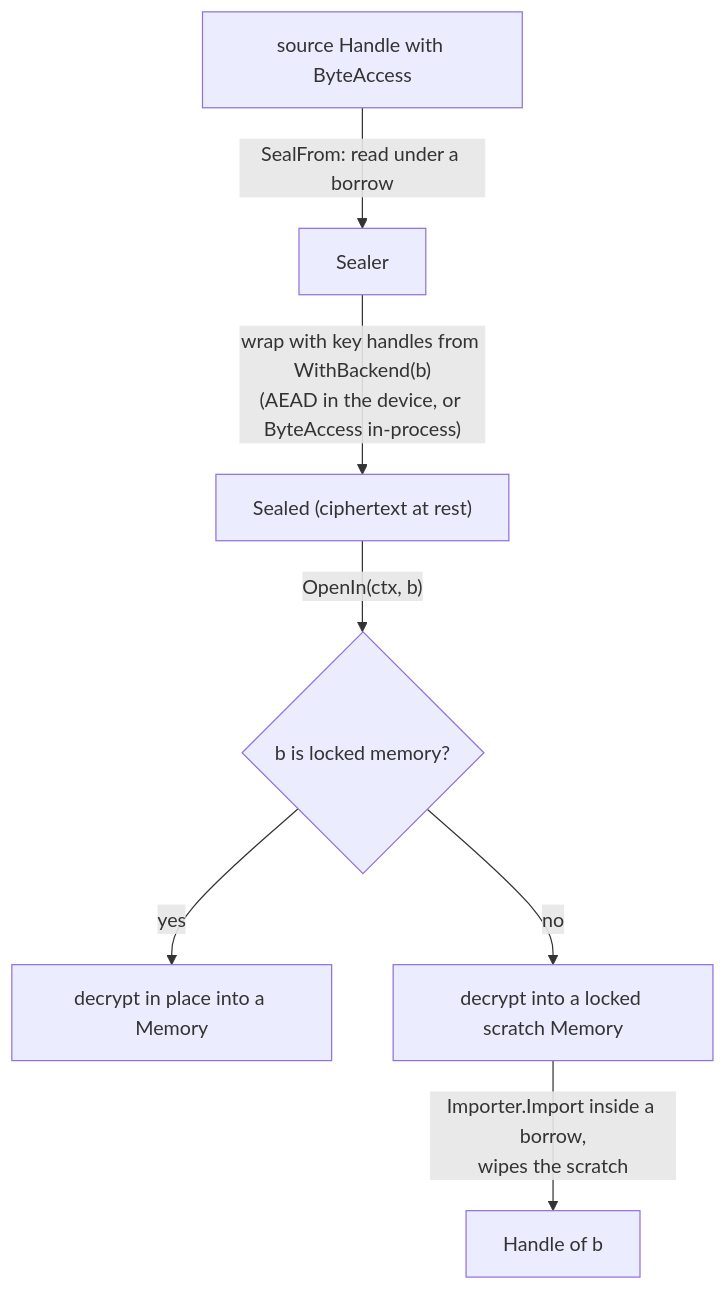
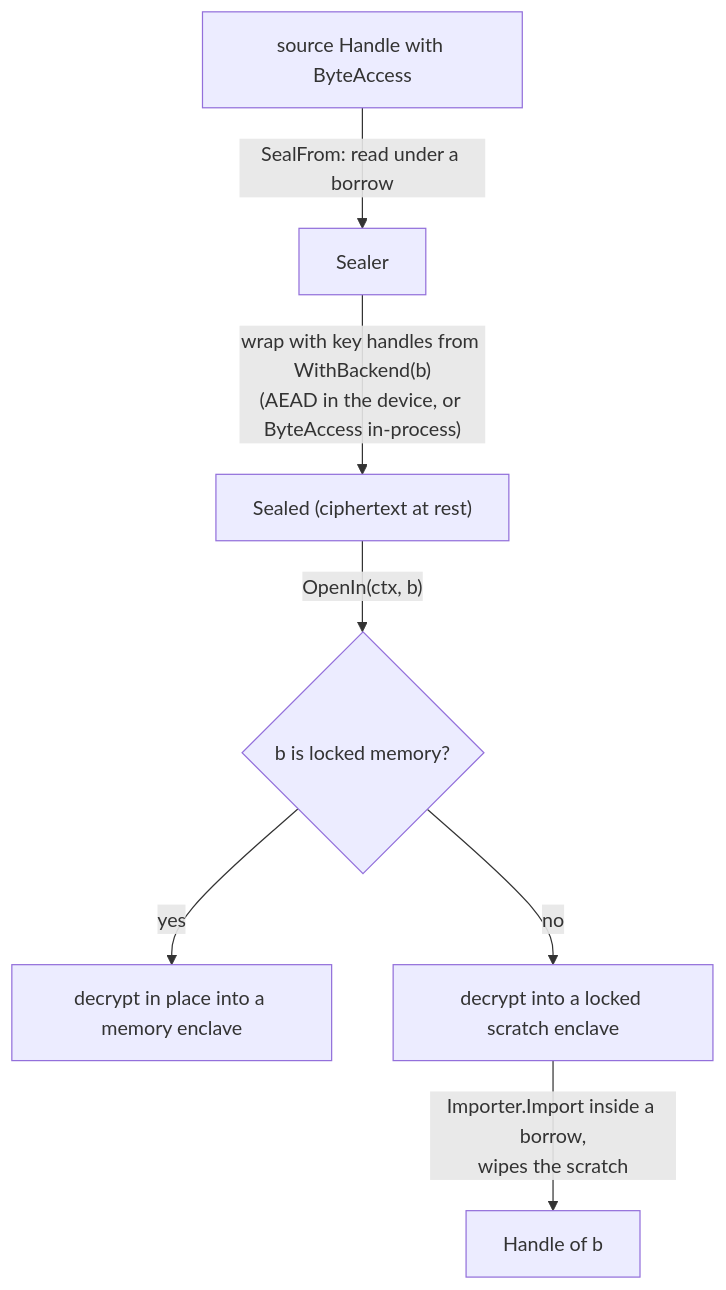
The third of 4 diagrams in docs/backends/architecture.md (jeremyhahn/go-enclave), drawn with Mermaid before and after one commit. The commit also changed other lines of this file and 60 other files, not shown here.

````diff
--- a/docs/backends/architecture.md
+++ b/docs/backends/architecture.md
@@ -482,9 +483,9 @@
 ```mermaid
 flowchart TD
   H["source Handle with ByteAccess"] -->|"SealFrom: read under a borrow"| SL["Sealer"]
   SL -->|"wrap with key handles from WithBackend(b)<br/>(AEAD in the device, or ByteAccess in-process)"| SV["Sealed (ciphertext at rest)"]
   SV -->|"OpenIn(ctx, b)"| D{"b is locked memory?"}
-  D -- yes --> LM["decrypt in place into a Memory"]
-  D -- no --> SC["decrypt into a locked scratch Memory"]
+  D -- yes --> LM["decrypt in place into a memory enclave"]
+  D -- no --> SC["decrypt into a locked scratch enclave"]
   SC -->|"Importer.Import inside a borrow,<br/>wipes the scratch"| BH["Handle of b"]
 ```
````
